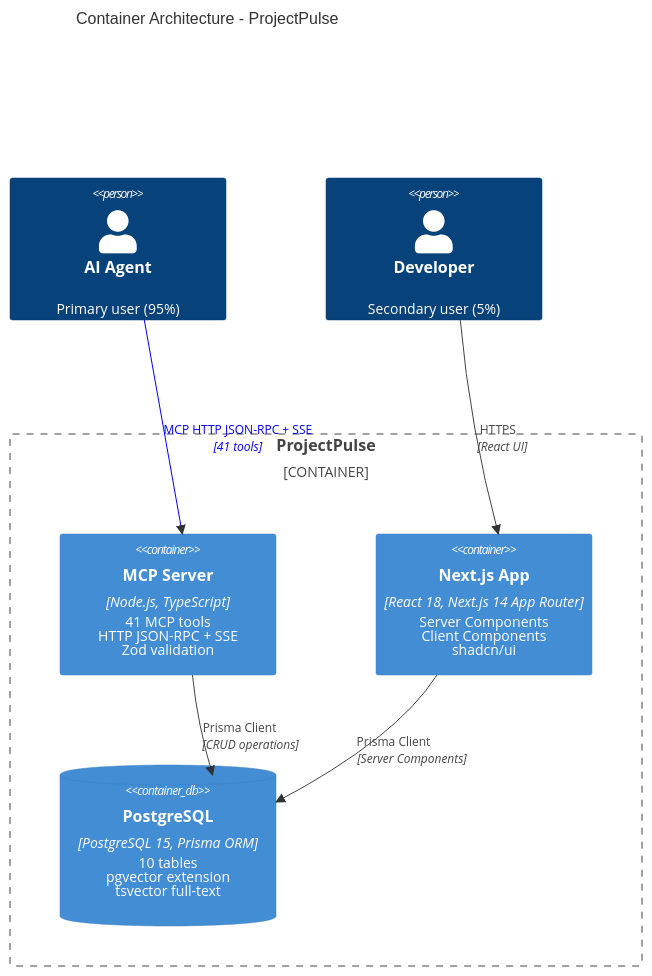
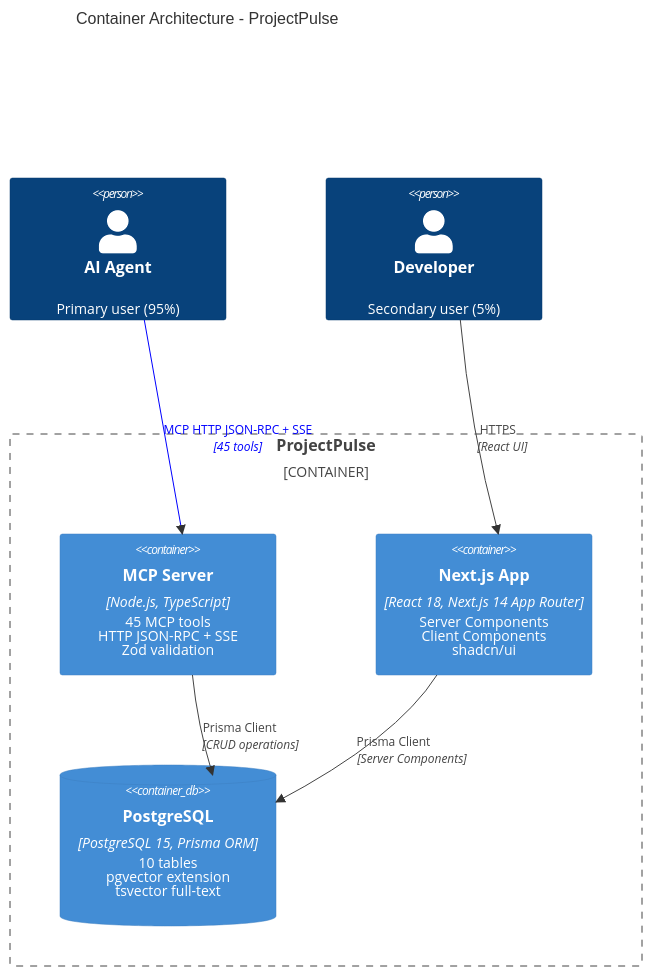
Before and after one commit to draco28/ProjectPulse: the second of 24 diagrams in docs/03-Architecture.md, drawn with Mermaid. The commit also changed other lines of this file and 8 other files, not shown here.

````diff
--- a/docs/03-Architecture.md
+++ b/docs/03-Architecture.md
@@ -340,27 +340,27 @@
 ```mermaid
 C4Container
     title Container Architecture - ProjectPulse
 
     Person(agent, "AI Agent", "Primary user (95%)")
     Person(developer, "Developer", "Secondary user (5%)")
 
     Container_Boundary(devhub, "ProjectPulse") {
-        Container(mcp_server, "MCP Server", "Node.js, TypeScript", "41 MCP tools<br/>HTTP JSON-RPC + SSE<br/>Zod validation")
+        Container(mcp_server, "MCP Server", "Node.js, TypeScript", "45 MCP tools<br/>HTTP JSON-RPC + SSE<br/>Zod validation")
 
         Container(web_app, "Next.js App", "React 18, Next.js 14 App Router", "Server Components<br/>Client Components<br/>shadcn/ui")
 
         ContainerDb(database, "PostgreSQL", "PostgreSQL 15, Prisma ORM", "10 tables<br/>pgvector extension<br/>tsvector full-text")
     }
 
     %% File System (removed from product scope)
 
-    Rel(agent, mcp_server, "MCP HTTP JSON-RPC + SSE", "41 tools")
+    Rel(agent, mcp_server, "MCP HTTP JSON-RPC + SSE", "45 tools")
     Rel(developer, web_app, "HTTPS", "React UI")
 
     Rel(mcp_server, database, "Prisma Client", "CRUD operations")
     Rel(web_app, database, "Prisma Client", "Server Components")
 
     %% No filesystem relationships; DB is the single source of truth
 
     UpdateRelStyle(agent, mcp_server, $lineColor="blue", $textColor="blue")
 ```
````
